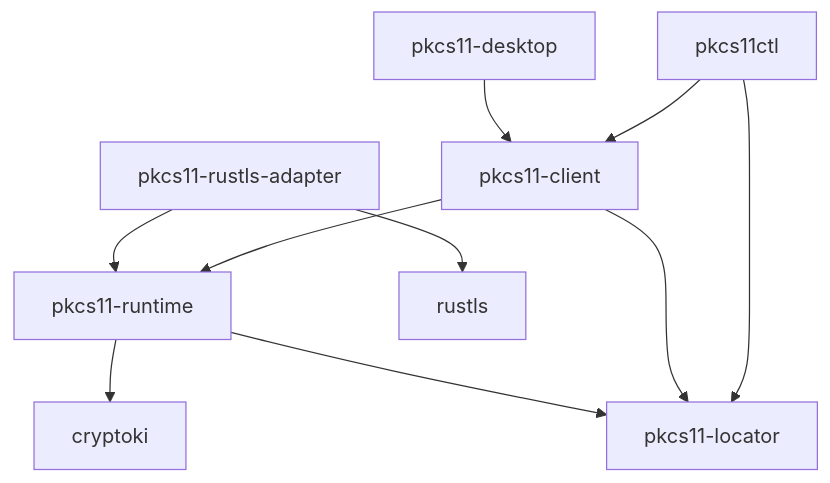
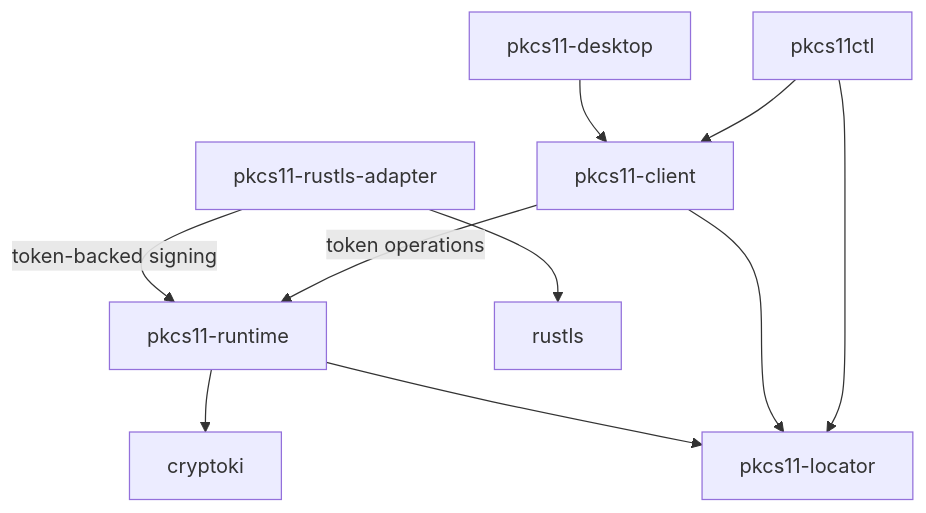
The diagram in README.md (Juanbanpar/pkcs11-stack), drawn with Mermaid before and after one commit. The commit also changed other lines of this file, not shown here.

Commit message:
docs: describe workspace architecture

````diff
--- a/README.md
+++ b/README.md
@@ -38,12 +38,12 @@
 ```mermaid
 flowchart TD
     cli[pkcs11ctl] --> client[pkcs11-client]
     cli --> locator[pkcs11-locator]
-    client --> runtime[pkcs11-runtime]
+    client -->|token operations| runtime[pkcs11-runtime]
     client --> locator
     runtime --> locator
     runtime --> cryptoki
-    adapter[pkcs11-rustls-adapter] --> runtime
+    adapter[pkcs11-rustls-adapter] -->|token-backed signing| runtime
     adapter --> rustls
     desktop[pkcs11-desktop] --> client
 ```
````
